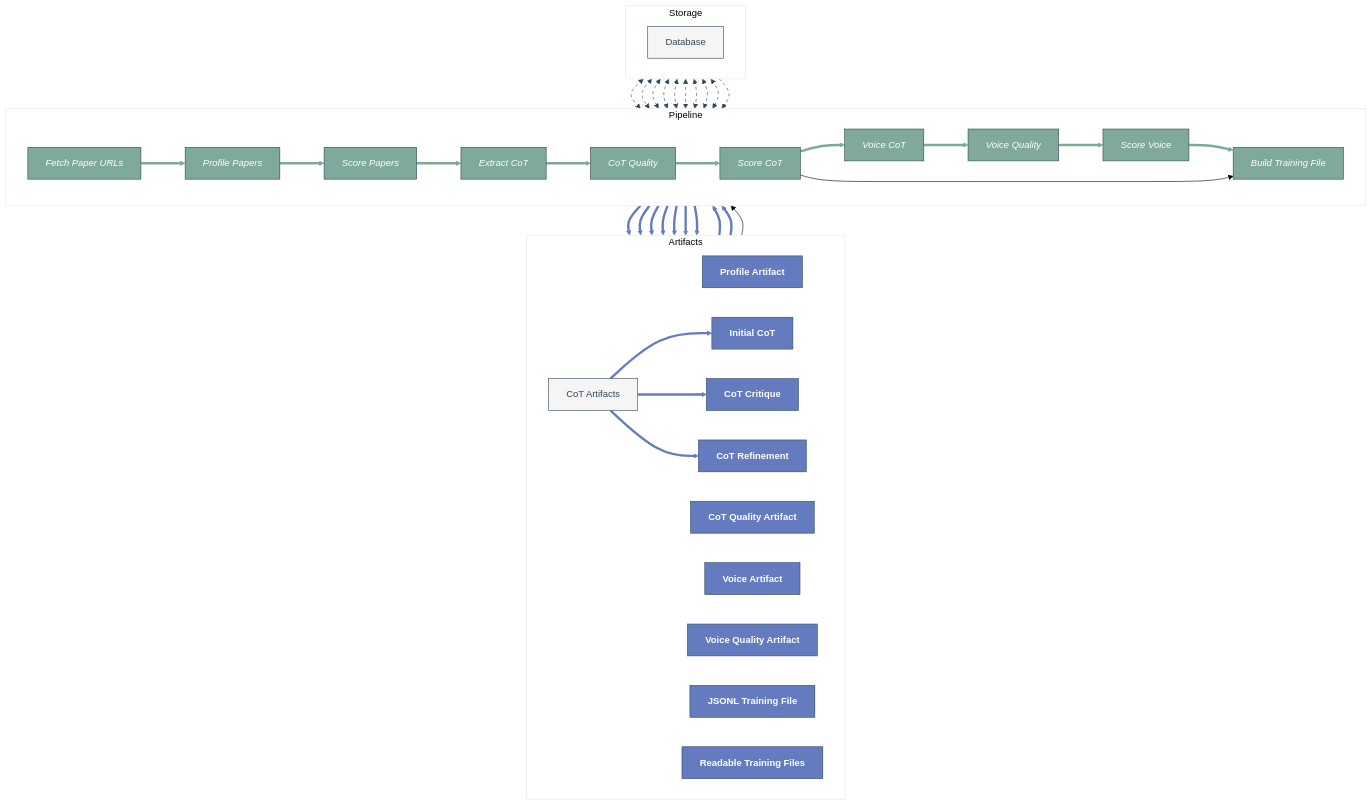
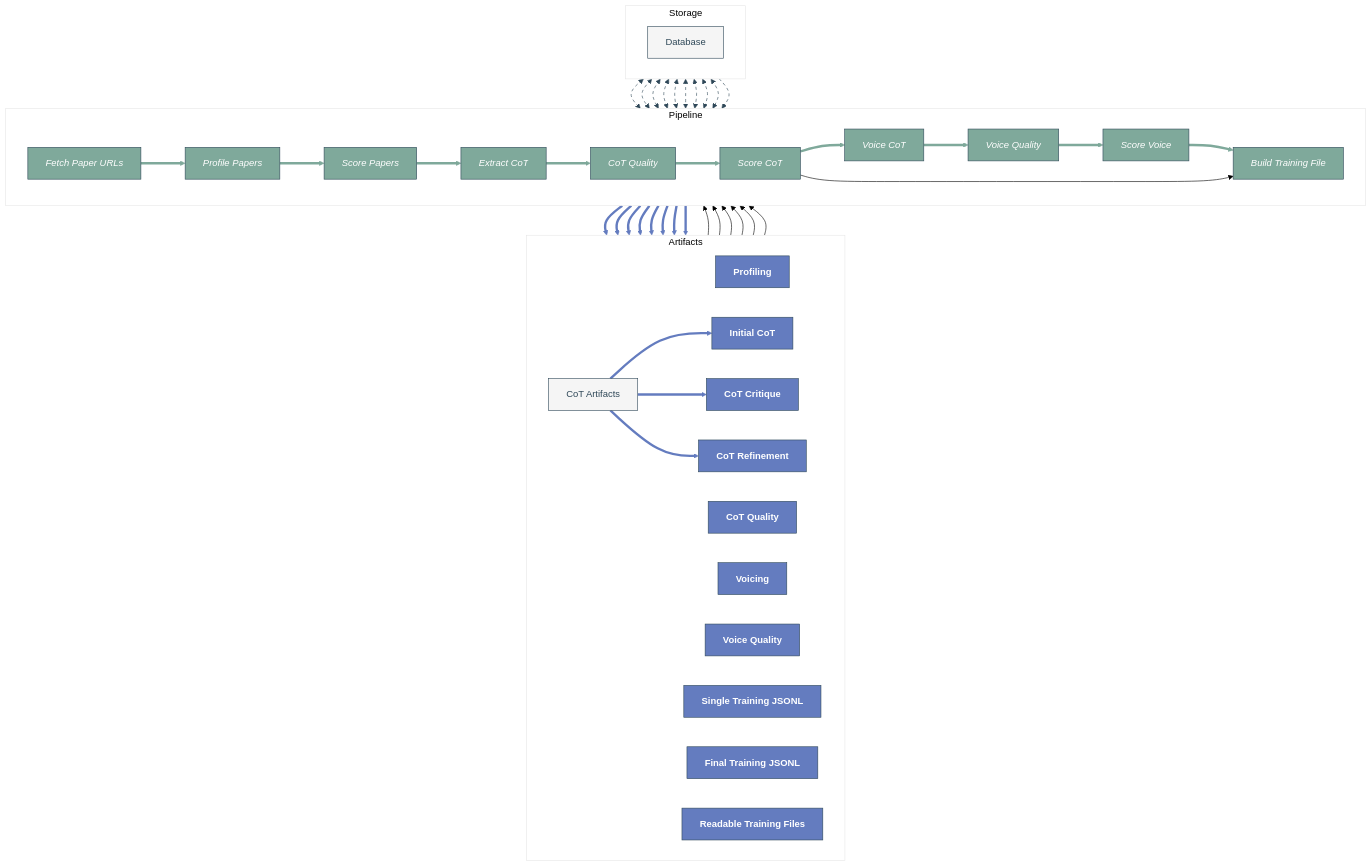
One commit to thehunmonkgroup/raspberry-paper-to-cot-pipeline changed the diagram in misc/pipeline-diagram.mmd. Above: the diagram before and after it, drawn with Mermaid. The commit also changed 2 other files, not shown here.

Commit message:
fix README and diagram for moved single JSONL move

```diff
--- a/misc/pipeline-diagram.mmd
+++ b/misc/pipeline-diagram.mmd
@@ -1,106 +1,111 @@
 ---
 config:
   theme: base
   themeVariables:
     background: "#ffffff"
     primaryColor: "#ffffff"
     primaryTextColor: "#000000"
     primaryBorderColor: "#000000"
     lineColor: "#000000"
     edgeLabelBackground: "#ffffff"
   flowchart:
     htmlLabels: true
     curve: basis
 ---
 
 flowchart TD
     subgraph Artifacts
         direction LR
-        PROF_ART["`**Profile Artifact**`"]
-        QUAL_ART["`**CoT Quality Artifact**`"]
-        VOICE_ART["`**Voice Artifact**`"]
-        VQ_ART["`**Voice Quality Artifact**`"]
-        TRAIN["`**JSONL Training File**`"]
+        PROF_ART["`**Profiling**`"]
+        QUAL_ART["`**CoT Quality**`"]
+        VOICE_ART["`**Voicing**`"]
+        VQ_ART["`**Voice Quality**`"]
+        SINGLE_TRAIN["`**Single Training JSONL**`"]
+        TRAIN["`**Final Training JSONL**`"]
         READ_TRAIN["`**Readable Training Files**`"]
         COT_ART[CoT Artifacts]
         INIT_COT["`**Initial CoT**`"]
         COT_CRIT["`**CoT Critique**`"]
         COT_REF["`**CoT Refinement**`"]
     end
 
     subgraph Pipeline
         direction LR
         FETCH["`*Fetch Paper URLs*`"]
         PROFILE["`*Profile Papers*`"]
         SCORE_P["`*Score Papers*`"]
         EXTRACT["`*Extract CoT*`"]
         COT_QUAL["`*CoT Quality*`"]
         SCORE_C["`*Score CoT*`"]
         VOICE_GEN["`*Voice CoT*`"]
         VOICE_QUAL["`*Voice Quality*`"]
         SCORE_V["`*Score Voice*`"]
         BUILD["`*Build Training File*`"]
     end
 
     subgraph Storage
         direction LR
         DB[Database]
     end
 
     %% Pipeline flow connections
     FETCH --> PROFILE
     PROFILE --> SCORE_P
     SCORE_P --> EXTRACT
     EXTRACT --> COT_QUAL
     COT_QUAL --> SCORE_C
     SCORE_C --> VOICE_GEN
     VOICE_GEN --> VOICE_QUAL
     VOICE_QUAL --> SCORE_V
     SCORE_V --> BUILD
 
     %% Database connections
     DB <--> FETCH
     DB <--> PROFILE
     DB <--> SCORE_P
     DB <--> EXTRACT
     DB <--> COT_QUAL
     DB <--> SCORE_C
     DB <--> VOICE_GEN
     DB <--> VOICE_QUAL
     DB <--> SCORE_V
     DB --> BUILD
 
     %% Artifact connections
     PROFILE --> PROF_ART
     EXTRACT --> COT_ART
     COT_QUAL --> QUAL_ART
     VOICE_GEN --> VOICE_ART
+    VOICE_GEN --> SINGLE_TRAIN
     VOICE_QUAL --> VQ_ART
     BUILD --> TRAIN
     BUILD --> READ_TRAIN
     COT_ART --> INIT_COT
     COT_ART --> COT_CRIT
     COT_ART --> COT_REF
     COT_REF --> COT_QUAL
     COT_REF --> VOICE_GEN
+    VOICE_ART --> VOICE_QUAL
 
     %% Build connections
     SCORE_C --> BUILD
+    COT_REF --> BUILD
     VOICE_ART --> BUILD
+    SINGLE_TRAIN --> BUILD
 
     %% Subgraph connections
     Storage ~~~ Pipeline
     Pipeline ~~~ Artifacts
 
     classDef default fill:#F5F5F5,color:#2F4858,stroke:#2F4858,stroke-width:1px
     classDef pipelineSteps fill:#7FA99B,color:#ffffff,stroke:#2F4858,stroke-width:1px
     classDef artifacts fill:#647CBF,color:#ffffff,stroke:#2F4858,stroke-width:1px
 
     %% Apply classes to nodes
     class PROFILE,SCORE_P,EXTRACT,COT_QUAL,SCORE_C,VOICE_GEN,VOICE_QUAL,SCORE_V,BUILD,FETCH pipelineSteps
-    class PROF_ART,QUAL_ART,VOICE_ART,VQ_ART,TRAIN,READ_TRAIN,INIT_COT,COT_CRIT,COT_REF artifacts
+    class PROF_ART,QUAL_ART,VOICE_ART,VQ_ART,SINGLE_TRAIN,TRAIN,READ_TRAIN,INIT_COT,COT_CRIT,COT_REF artifacts
 
     %% Apply styles to arrows
     linkStyle 0,1,2,3,4,5,6,7,8 stroke:#7FA99B,stroke-width:4
     linkStyle 9,10,11,12,13,14,15,16,17,18 stroke:#2F4858,stroke-width:1,stroke-dasharray:5
-    linkStyle 19,20,21,22,23,24,25,26,27,28,29,30 stroke:#647CBF,stroke-width:4
+    linkStyle 19,20,21,22,23,24,25,26,27,28,29 stroke:#647CBF,stroke-width:4
```
